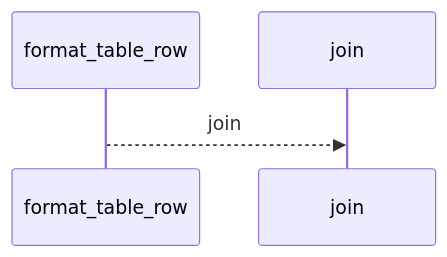
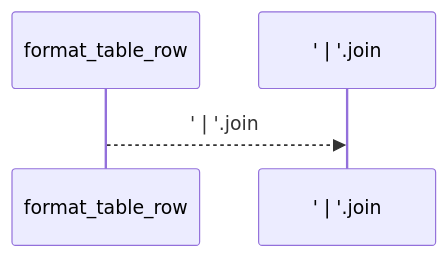
The first of 2 diagrams in docs/llm_wiki/flows/api-format_table_row.md (Denissvgn/python-wiki-llm), drawn with Mermaid before and after one commit. The commit also changed other lines of this file and 719 other files, not shown here.

````diff
--- a/docs/llm_wiki/flows/api-format_table_row.md
+++ b/docs/llm_wiki/flows/api-format_table_row.md
@@ -10,6 +10,6 @@
 ```mermaid
 sequenceDiagram
     participant p0 as format_table_row
-    participant p1 as join
-    p0-->>p1: join
+    participant p1 as ' | '.join
+    p0-->>p1: ' | '.join
 ```
````
